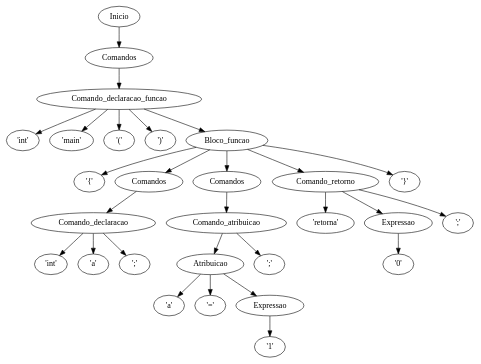
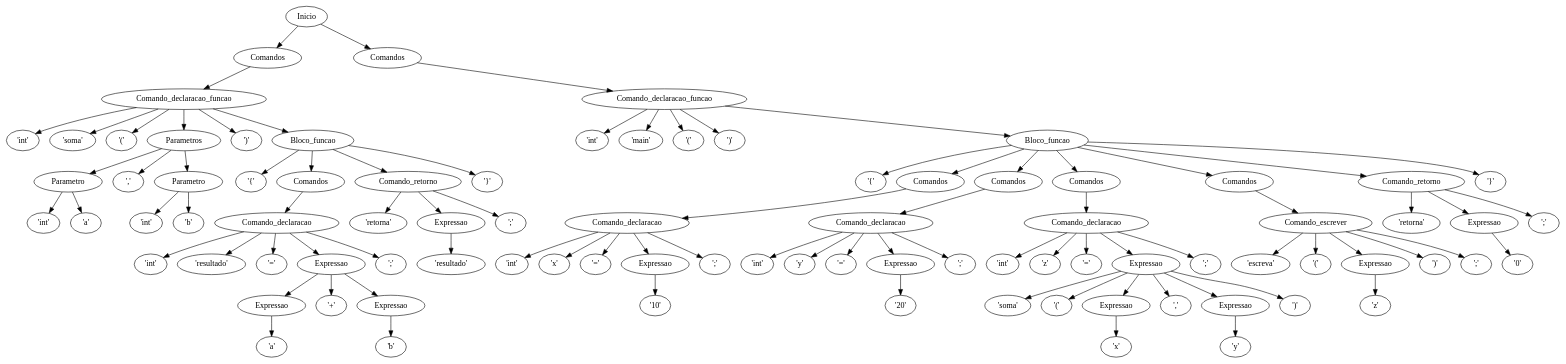
The diagram in saida_ast.dot (ogeorgehenrique/compiladorGV), drawn with Graphviz before and after one commit. The commit also changed 2 other files, not shown here.

```diff
--- a/saida_ast.dot
+++ b/saida_ast.dot
@@ -1,57 +1,177 @@
 digraph AST {
 n0 [label="Inicio"];
 n1 [label="Comandos"];
 n2 [label="Comando_declaracao_funcao"];
 n3 [label="'int'"];
 n2 -> n3;
-n4 [label="'main'"];
+n4 [label="'soma'"];
 n2 -> n4;
 n5 [label="'('"];
 n2 -> n5;
-n6 [label="')'"];
+n6 [label="Parametros"];
+n7 [label="Parametro"];
+n8 [label="'int'"];
+n7 -> n8;
+n9 [label="'a'"];
+n7 -> n9;
+n6 -> n7;
+n10 [label="','"];
+n6 -> n10;
+n11 [label="Parametro"];
+n12 [label="'int'"];
+n11 -> n12;
+n13 [label="'b'"];
+n11 -> n13;
+n6 -> n11;
 n2 -> n6;
-n7 [label="Bloco_funcao"];
-n8 [label="'{'"];
-n7 -> n8;
-n9 [label="Comandos"];
-n10 [label="Comando_declaracao"];
-n11 [label="'int'"];
-n10 -> n11;
-n12 [label="'a'"];
-n10 -> n12;
-n13 [label="';'"];
-n10 -> n13;
-n9 -> n10;
-n7 -> n9;
-n14 [label="Comandos"];
-n15 [label="Comando_atribuicao"];
-n16 [label="Atribuicao"];
-n17 [label="'a'"];
-n16 -> n17;
-n18 [label="'='"];
-n16 -> n18;
-n19 [label="Expressao"];
-n20 [label="'1'"];
-n19 -> n20;
-n16 -> n19;
+n14 [label="')'"];
+n2 -> n14;
+n15 [label="Bloco_funcao"];
+n16 [label="'{'"];
 n15 -> n16;
-n21 [label="';'"];
-n15 -> n21;
-n14 -> n15;
-n7 -> n14;
-n22 [label="Comando_retorno"];
-n23 [label="'retorna'"];
+n17 [label="Comandos"];
+n18 [label="Comando_declaracao"];
+n19 [label="'int'"];
+n18 -> n19;
+n20 [label="'resultado'"];
+n18 -> n20;
+n21 [label="'='"];
+n18 -> n21;
+n22 [label="Expressao"];
+n23 [label="Expressao"];
+n24 [label="'a'"];
+n23 -> n24;
 n22 -> n23;
-n24 [label="Expressao"];
-n25 [label="'0'"];
-n24 -> n25;
-n22 -> n24;
-n26 [label="';'"];
+n25 [label="'+'"];
+n22 -> n25;
+n26 [label="Expressao"];
+n27 [label="'b'"];
+n26 -> n27;
 n22 -> n26;
-n7 -> n22;
-n27 [label="'}'"];
-n7 -> n27;
-n2 -> n7;
+n18 -> n22;
+n28 [label="';'"];
+n18 -> n28;
+n17 -> n18;
+n15 -> n17;
+n29 [label="Comando_retorno"];
+n30 [label="'retorna'"];
+n29 -> n30;
+n31 [label="Expressao"];
+n32 [label="'resultado'"];
+n31 -> n32;
+n29 -> n31;
+n33 [label="';'"];
+n29 -> n33;
+n15 -> n29;
+n34 [label="'}'"];
+n15 -> n34;
+n2 -> n15;
 n1 -> n2;
 n0 -> n1;
+n35 [label="Comandos"];
+n36 [label="Comando_declaracao_funcao"];
+n37 [label="'int'"];
+n36 -> n37;
+n38 [label="'main'"];
+n36 -> n38;
+n39 [label="'('"];
+n36 -> n39;
+n40 [label="')'"];
+n36 -> n40;
+n41 [label="Bloco_funcao"];
+n42 [label="'{'"];
+n41 -> n42;
+n43 [label="Comandos"];
+n44 [label="Comando_declaracao"];
+n45 [label="'int'"];
+n44 -> n45;
+n46 [label="'x'"];
+n44 -> n46;
+n47 [label="'='"];
+n44 -> n47;
+n48 [label="Expressao"];
+n49 [label="'10'"];
+n48 -> n49;
+n44 -> n48;
+n50 [label="';'"];
+n44 -> n50;
+n43 -> n44;
+n41 -> n43;
+n51 [label="Comandos"];
+n52 [label="Comando_declaracao"];
+n53 [label="'int'"];
+n52 -> n53;
+n54 [label="'y'"];
+n52 -> n54;
+n55 [label="'='"];
+n52 -> n55;
+n56 [label="Expressao"];
+n57 [label="'20'"];
+n56 -> n57;
+n52 -> n56;
+n58 [label="';'"];
+n52 -> n58;
+n51 -> n52;
+n41 -> n51;
+n59 [label="Comandos"];
+n60 [label="Comando_declaracao"];
+n61 [label="'int'"];
+n60 -> n61;
+n62 [label="'z'"];
+n60 -> n62;
+n63 [label="'='"];
+n60 -> n63;
+n64 [label="Expressao"];
+n65 [label="'soma'"];
+n64 -> n65;
+n66 [label="'('"];
+n64 -> n66;
+n67 [label="Expressao"];
+n68 [label="'x'"];
+n67 -> n68;
+n64 -> n67;
+n69 [label="','"];
+n64 -> n69;
+n70 [label="Expressao"];
+n71 [label="'y'"];
+n70 -> n71;
+n64 -> n70;
+n72 [label="')'"];
+n64 -> n72;
+n60 -> n64;
+n73 [label="';'"];
+n60 -> n73;
+n59 -> n60;
+n41 -> n59;
+n74 [label="Comandos"];
+n75 [label="Comando_escrever"];
+n76 [label="'escreva'"];
+n75 -> n76;
+n77 [label="'('"];
+n75 -> n77;
+n78 [label="Expressao"];
+n79 [label="'z'"];
+n78 -> n79;
+n75 -> n78;
+n80 [label="')'"];
+n75 -> n80;
+n81 [label="';'"];
+n75 -> n81;
+n74 -> n75;
+n41 -> n74;
+n82 [label="Comando_retorno"];
+n83 [label="'retorna'"];
+n82 -> n83;
+n84 [label="Expressao"];
+n85 [label="'0'"];
+n84 -> n85;
+n82 -> n84;
+n86 [label="';'"];
+n82 -> n86;
+n41 -> n82;
+n87 [label="'}'"];
+n41 -> n87;
+n36 -> n41;
+n35 -> n36;
+n0 -> n35;
 }
```
